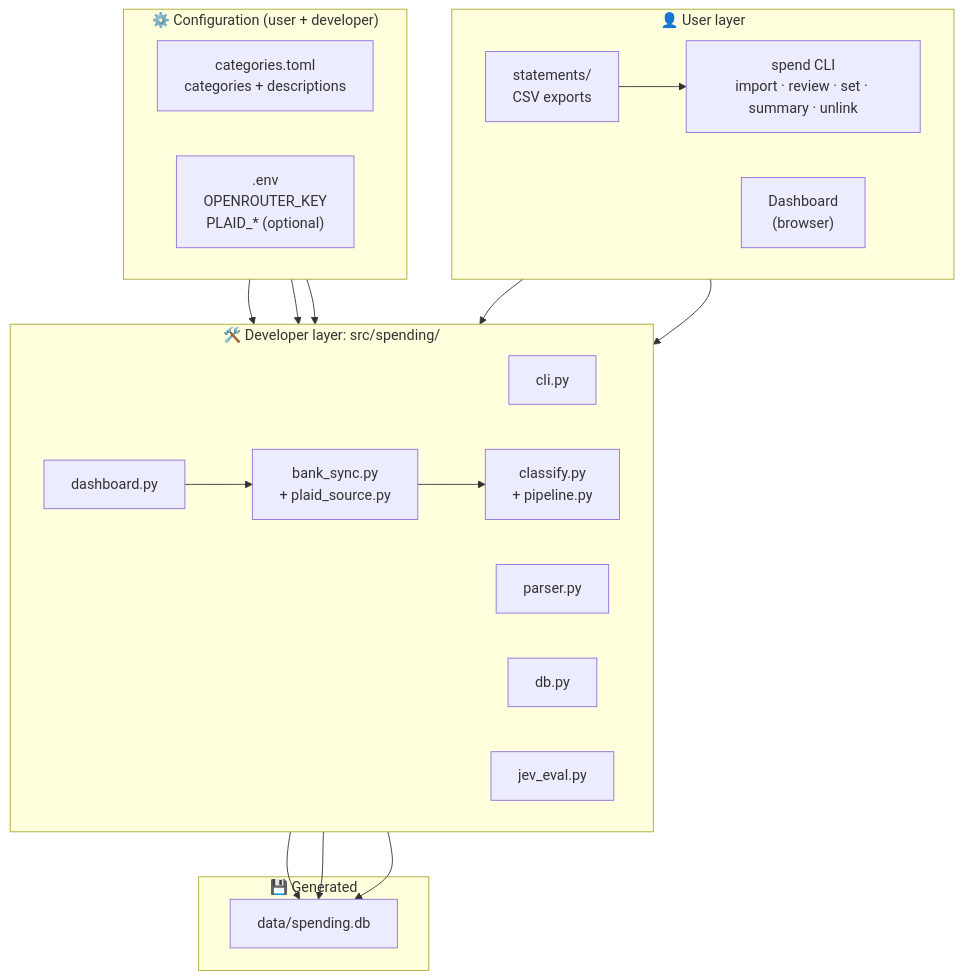
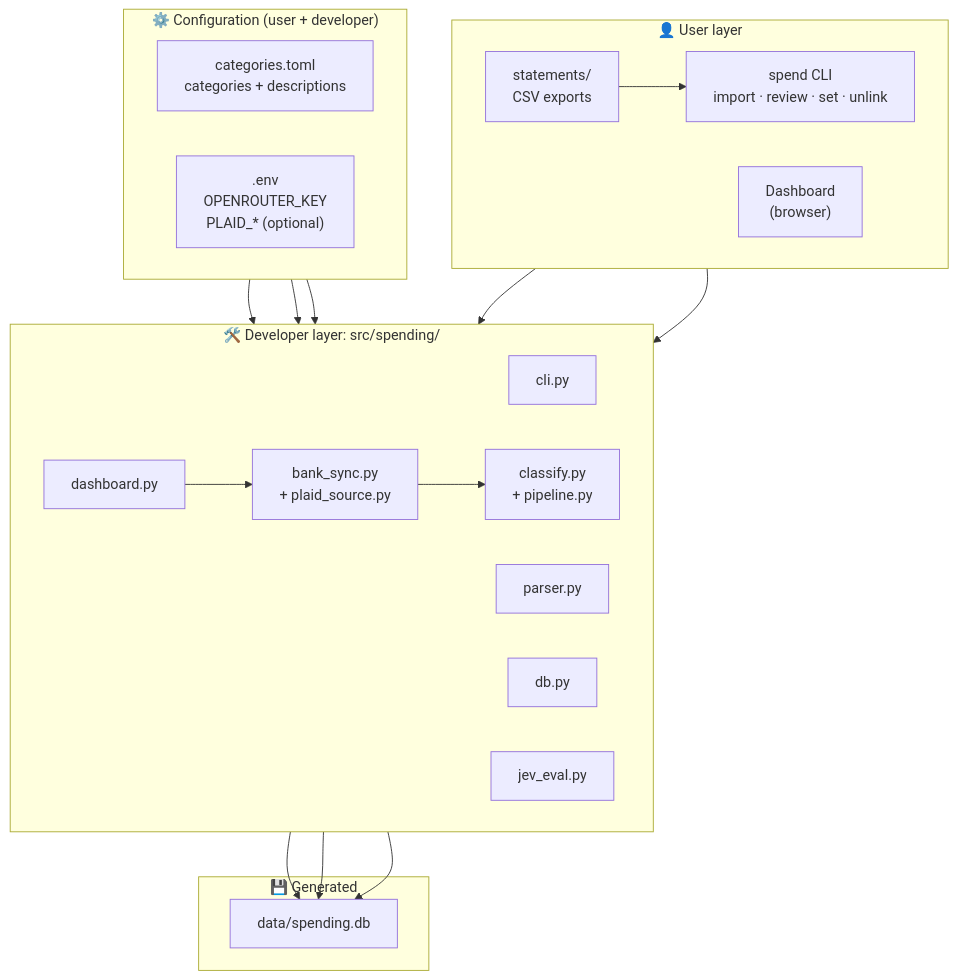
One commit to alessandrofelici/spending-tracker changed the first of 4 diagrams in CONTRIBUTING.md. Above: the diagram before and after it, drawn with Mermaid. The commit also changed other lines of this file and 5 other files, not shown here.

````diff
--- a/CONTRIBUTING.md
+++ b/CONTRIBUTING.md
@@ -84,42 +84,42 @@
 ```mermaid
 flowchart TB
     subgraph USER["👤 User layer"]
         direction LR
         U1["statements/<br/>CSV exports"]
-        U2["spend CLI<br/>import · review · set · summary · unlink"]
+        U2["spend CLI<br/>import · review · set · unlink"]
         U3["Dashboard<br/>(browser)"]
     end
 
     subgraph SHARED["⚙️ Configuration (user + developer)"]
         direction LR
         C1["categories.toml<br/>categories + descriptions"]
         C2[".env<br/>OPENROUTER_KEY<br/>PLAID_* (optional)"]
     end
 
     subgraph DEV["🛠️ Developer layer: src/spending/"]
         direction LR
         D1["cli.py"]
         D2["parser.py"]
         D3["classify.py<br/>+ pipeline.py"]
         D4["db.py"]
         D5["dashboard.py"]
         D6["jev_eval.py"]
         D7["bank_sync.py<br/>+ plaid_source.py"]
     end
 
     subgraph STORE["💾 Generated"]
         S1["data/spending.db"]
     end
 
     U1 --> U2
     U2 --> D1
     U3 --> D5
     D5 --> D7
     C1 --> D3
     C2 --> D3
     C2 --> D7
     D7 --> D3
     D4 --> S1
     D5 --> S1
     D6 --> S1
 ```
````
